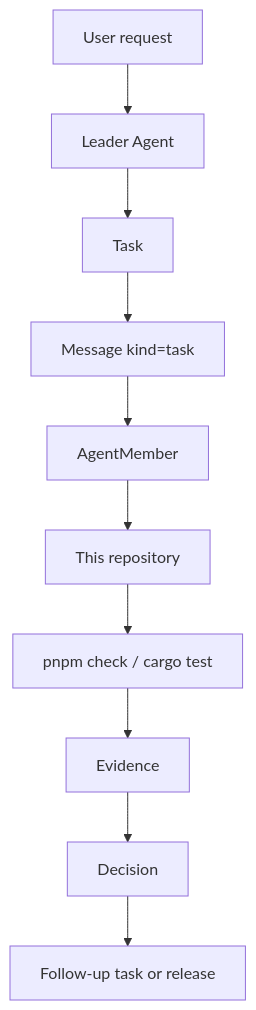
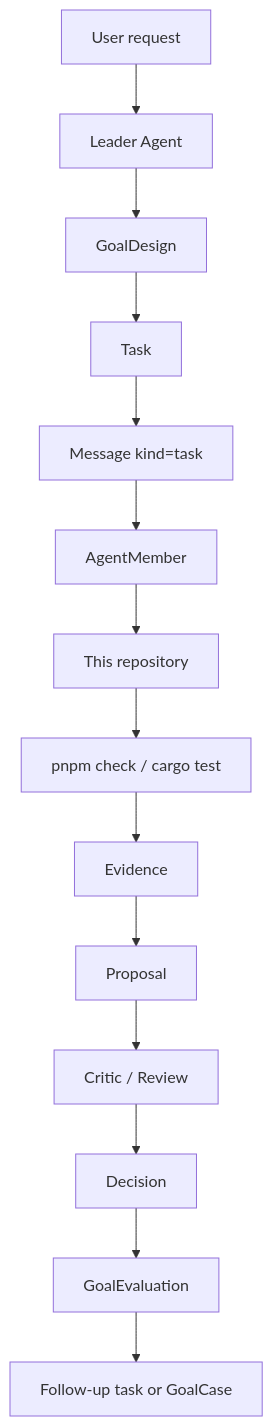
One commit to cyl19970726/multi-agent-harness changed the first of 2 diagrams in docs/mvp.md. Above: the diagram before and after it, drawn with Mermaid. The commit also changed other lines of this file and 31 other files, not shown here.

````diff
--- a/docs/mvp.md
+++ b/docs/mvp.md
@@ -24,12 +35,16 @@
 ```mermaid
 flowchart TD
   U[User request] --> L[Leader Agent]
-  L --> T[Task]
+  L --> GD[GoalDesign]
+  GD --> T[Task]
   T --> M[Message kind=task]
   M --> A[AgentMember]
   A --> Repo[This repository]
   Repo --> Checks[pnpm check / cargo test]
   Checks --> E[Evidence]
-  E --> D[Decision]
-  D --> Follow[Follow-up task or release]
+  E --> P[Proposal]
+  P --> R[Critic / Review]
+  R --> D[Decision]
+  D --> GE[GoalEvaluation]
+  GE --> Follow[Follow-up task or GoalCase]
 ```
````
